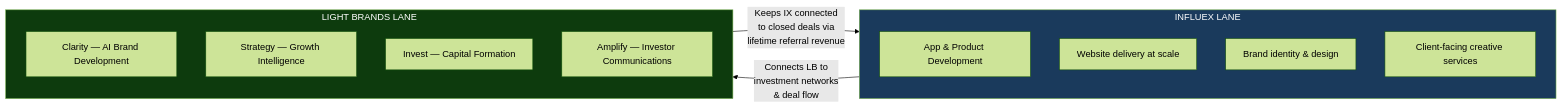
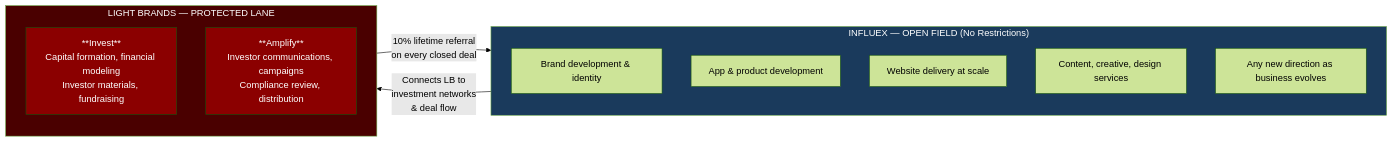
Before and after one commit to Light-Brands/qie: the seventh of 7 diagrams in legal-vault/proposals/influex-strategic-partnership-2026-02-22.md, drawn with Mermaid (forest theme). The commit also changed other lines of this file, not shown here.

Commit message:
Narrow lane protection to investment products only (Invest + Amplify)
Influex is free to take brand development, apps, and any other
capability in any direction. Only protected lane is Light Brands'
investment-focused tools: Invest (capital formation) and Amplify
(investor communications). Clear flywheel: IX refers to LB for
investment needs, LB pays 10% lifetime on closed deals.

````diff
--- a/legal-vault/proposals/influex-strategic-partnership-2026-02-22.md
+++ b/legal-vault/proposals/influex-strategic-partnership-2026-02-22.md
@@ -608,24 +610,25 @@
 ```mermaid
 flowchart LR
-  subgraph IX["INFLUEX LANE"]
+  subgraph OPEN["INFLUEX — OPEN FIELD (No Restrictions)"]
     direction TB
-    IX1["App & Product Development"]
-    IX2["Website delivery at scale"]
-    IX3["Brand identity & design"]
-    IX4["Client-facing creative services"]
+    O1["Brand development & identity"]
+    O2["App & product development"]
+    O3["Website delivery at scale"]
+    O4["Content, creative, design services"]
+    O5["Any new direction as business evolves"]
   end
 
-  subgraph LB["LIGHT BRANDS LANE"]
+  subgraph PROTECTED["LIGHT BRANDS — PROTECTED LANE"]
     direction TB
-    LB1["Clarity — AI Brand Development"]
-    LB2["Strategy — Growth Intelligence"]
-    LB3["Invest — Capital Formation"]
-    LB4["Amplify — Investor Communications"]
+    P1["**Invest**\nCapital formation, financial modeling\nInvestor materials, fundraising"]
+    P2["**Amplify**\nInvestor communications, campaigns\nCompliance review, distribution"]
   end
 
-  IX -->|"Connects LB to\ninvestment networks\n& deal flow"| LB
-  LB -->|"Keeps IX connected\nto closed deals via\nlifetime referral revenue"| IX
+  OPEN -->|"Connects LB to\ninvestment networks\n& deal flow"| PROTECTED
+  PROTECTED -->|"10% lifetime referral\non every closed deal"| OPEN
 
-  style IX fill:#1a3a5c,color:#fff
-  style LB fill:#0d3b0d,color:#fff
+  style OPEN fill:#1a3a5c,color:#fff
+  style PROTECTED fill:#4a0000,color:#fff
+  style P1 fill:#8b0000,color:#fff
+  style P2 fill:#8b0000,color:#fff
 ```
````
